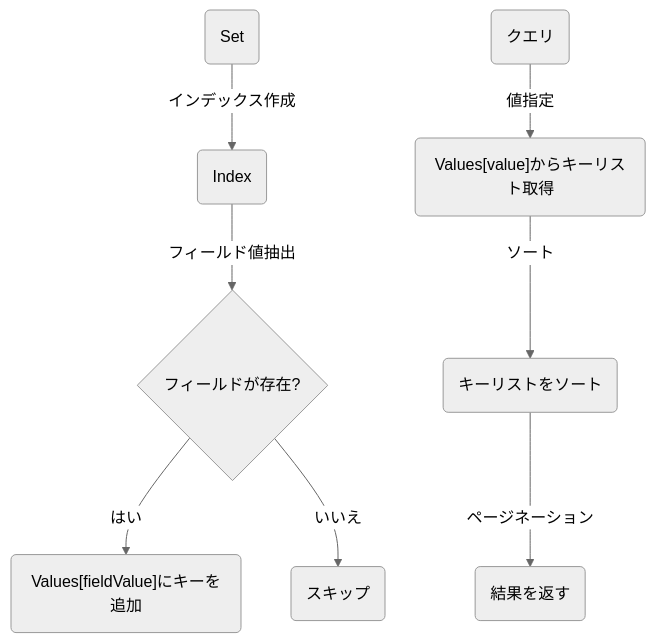
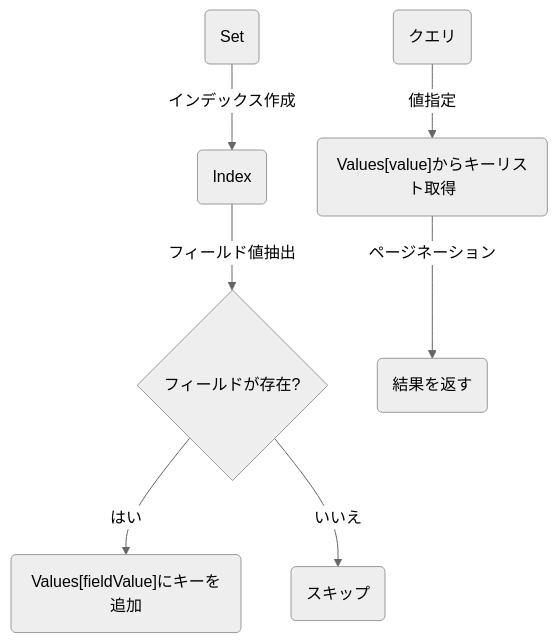
The third of 5 diagrams in textbooks/03_data_structures.md (ssig33/fuckbase), drawn with Mermaid (neutral theme) before and after one commit. The commit also changed other lines of this file and 8 other files, not shown here.

````diff
--- a/textbooks/03_data_structures.md
+++ b/textbooks/03_data_structures.md
@@ -105,11 +105,10 @@
 ```mermaid
 graph TD
     A("Set") -->|インデックス作成| B("Index")
     B -->|フィールド値抽出| C{"フィールドが存在?"}
     C -->|はい| D("Values[fieldValue]にキーを追加")
     C -->|いいえ| E("スキップ")
     
     F("クエリ") -->|値指定| G("Values[value]からキーリスト取得")
-    G -->|ソート| H("キーリストをソート")
-    H -->|ページネーション| I("結果を返す")
+    G -->|ページネーション| I("結果を返す")
 ```
````
